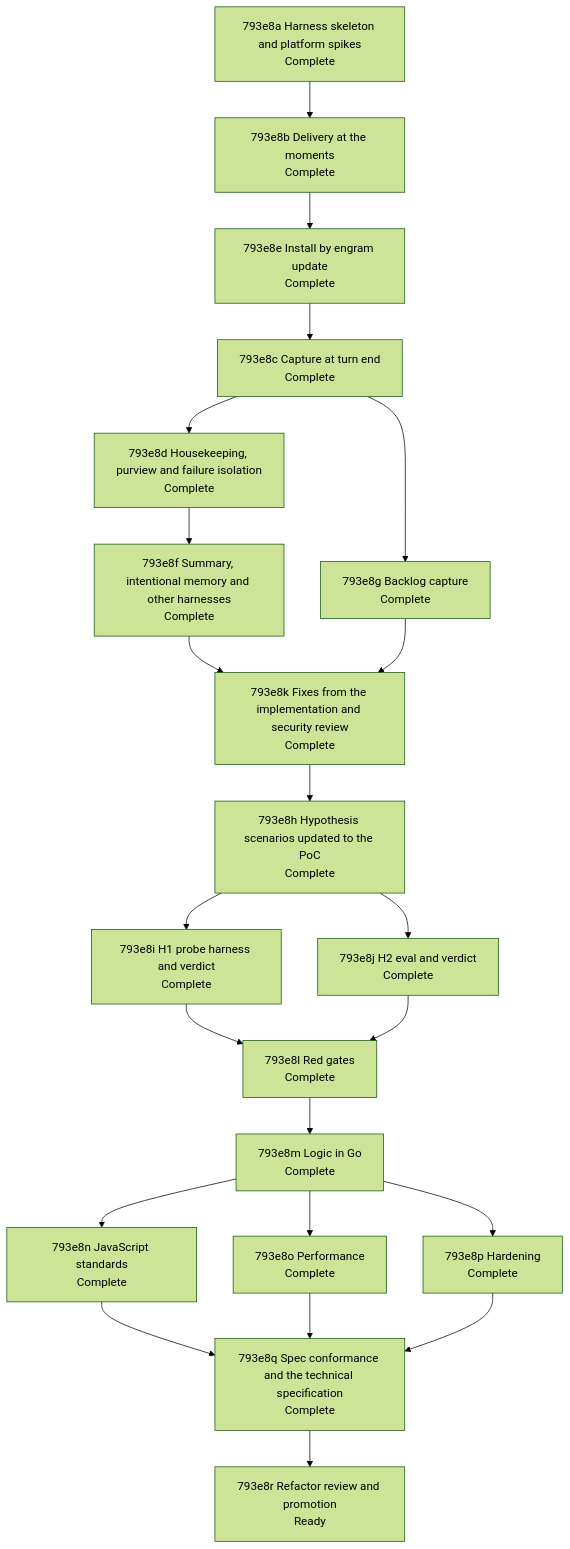
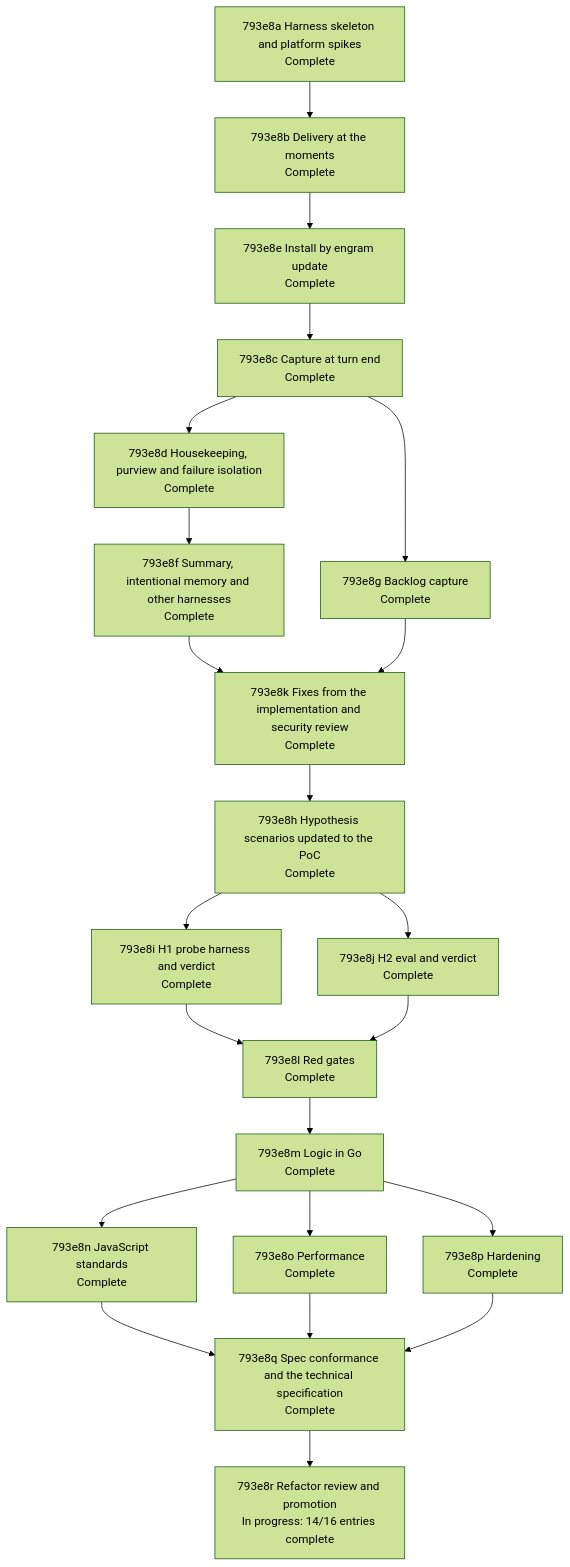
Before and after one commit to toejough/engram: the diagram in docs/changes/793_parallel-memory-agent/793e_implementation-plan.md, drawn with Mermaid (forest theme). The commit also changed other lines of this file and 2 other files, not shown here.

First line of the commit message:
docs(793e8r): promotion plan

````diff
--- a/docs/changes/793_parallel-memory-agent/793e_implementation-plan.md
+++ b/docs/changes/793_parallel-memory-agent/793e_implementation-plan.md
@@ -224,40 +224,40 @@
 ```mermaid
 flowchart TD
   n793e8a["793e8a Harness skeleton and platform spikes<br/>Complete"]
   n793e8b["793e8b Delivery at the moments<br/>Complete"]
   n793e8e["793e8e Install by engram update<br/>Complete"]
   n793e8c["793e8c Capture at turn end<br/>Complete"]
   n793e8d["793e8d Housekeeping, purview and failure isolation<br/>Complete"]
   n793e8g["793e8g Backlog capture<br/>Complete"]
   n793e8f["793e8f Summary, intentional memory and other harnesses<br/>Complete"]
   n793e8k["793e8k Fixes from the implementation and security review<br/>Complete"]
   n793e8h["793e8h Hypothesis scenarios updated to the PoC<br/>Complete"]
   n793e8i["793e8i H1 probe harness and verdict<br/>Complete"]
   n793e8j["793e8j H2 eval and verdict<br/>Complete"]
   n793e8l["793e8l Red gates<br/>Complete"]
   n793e8m["793e8m Logic in Go<br/>Complete"]
   n793e8n["793e8n JavaScript standards<br/>Complete"]
   n793e8o["793e8o Performance<br/>Complete"]
   n793e8p["793e8p Hardening<br/>Complete"]
   n793e8q["793e8q Spec conformance and the technical specification<br/>Complete"]
-  n793e8r["793e8r Refactor review and promotion<br/>Ready"]
+  n793e8r["793e8r Refactor review and promotion<br/>In progress: 14/16 entries complete"]
   n793e8a --> n793e8b --> n793e8e --> n793e8c
   n793e8c --> n793e8d
   n793e8c --> n793e8g
   n793e8d --> n793e8f
   n793e8f --> n793e8k
   n793e8g --> n793e8k
   n793e8k --> n793e8h
   n793e8h --> n793e8i
   n793e8h --> n793e8j
   n793e8i --> n793e8l
   n793e8j --> n793e8l
   n793e8l --> n793e8m
   n793e8m --> n793e8n
   n793e8m --> n793e8o
   n793e8m --> n793e8p
   n793e8n --> n793e8q
   n793e8o --> n793e8q
   n793e8p --> n793e8q
   n793e8q --> n793e8r
 ```
````
